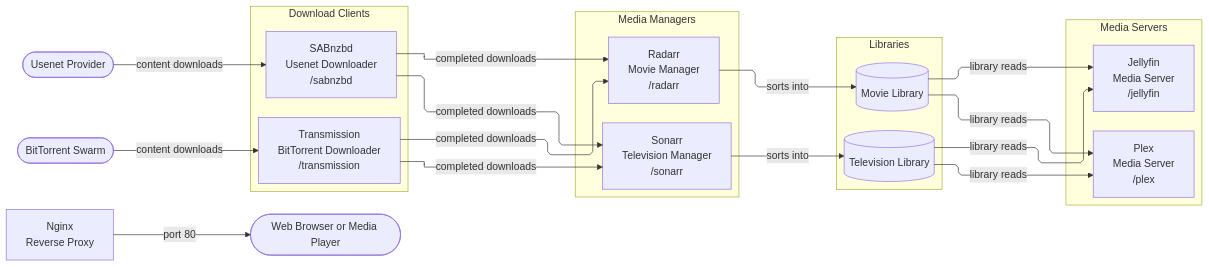
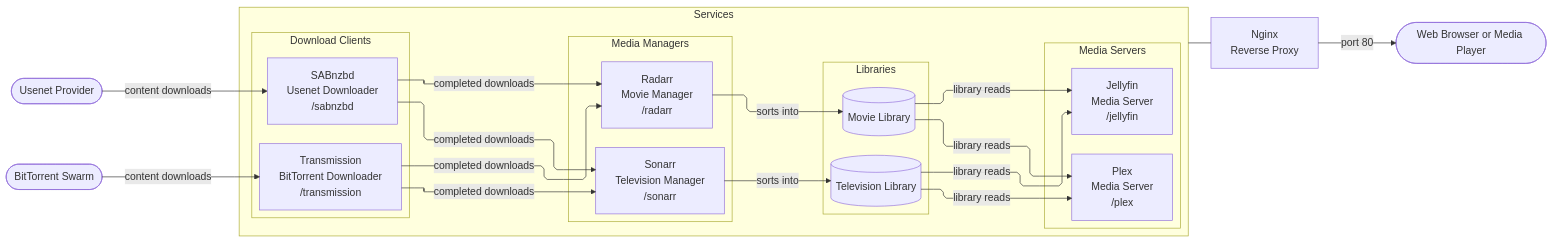
One commit to evinowen/bragi changed the diagram in README.md. Above: the diagram before and after it, drawn with Mermaid.

Commit message:
Wrap service subgraphs in outer Services box and connect it to Nginx with no-arrow link

````diff
--- a/README.md
+++ b/README.md
@@ -20,48 +20,51 @@
 ```mermaid
 %%{init: {'flowchart': {'defaultRenderer': 'elk', 'curve': 'linear'}}}%%
 flowchart LR
     UP([Usenet Provider])
     BT_SRC([BitTorrent Swarm])
 
-    subgraph downloaders[Download Clients]
-        direction TB
-        SAB["SABnzbd<br>Usenet Downloader<br>/sabnzbd"]
-        TRN["Transmission<br>BitTorrent Downloader<br>/transmission"]
-    end
+    subgraph pipeline[Services]
+        subgraph downloaders[Download Clients]
+            direction TB
+            SAB["SABnzbd<br>Usenet Downloader<br>/sabnzbd"]
+            TRN["Transmission<br>BitTorrent Downloader<br>/transmission"]
+        end
 
-    subgraph managers[Media Managers]
-        direction TB
-        SON["Sonarr<br>Television Manager<br>/sonarr"]
-        RAD["Radarr<br>Movie Manager<br>/radarr"]
-    end
+        subgraph managers[Media Managers]
+            direction TB
+            SON["Sonarr<br>Television Manager<br>/sonarr"]
+            RAD["Radarr<br>Movie Manager<br>/radarr"]
+        end
 
-    subgraph libraries[Libraries]
-        direction TB
-        TL[(Television Library)]
-        ML[(Movie Library)]
-    end
+        subgraph libraries[Libraries]
+            direction TB
+            TL[(Television Library)]
+            ML[(Movie Library)]
+        end
 
-    subgraph servers[Media Servers]
-        direction TB
-        JF["Jellyfin<br>Media Server<br>/jellyfin"]
-        PL["Plex<br>Media Server<br>/plex"]
+        subgraph servers[Media Servers]
+            direction TB
+            JF["Jellyfin<br>Media Server<br>/jellyfin"]
+            PL["Plex<br>Media Server<br>/plex"]
+        end
     end
 
     NGX["Nginx<br>Reverse Proxy"]
     CLIENT([Web Browser or Media Player])
 
     UP -->|content downloads| SAB
     BT_SRC -->|content downloads| TRN
     SAB -->|completed downloads| SON
     SAB -->|completed downloads| RAD
     TRN -->|completed downloads| SON
     TRN -->|completed downloads| RAD
     SON -->|sorts into| TL
     RAD -->|sorts into| ML
     TL -->|library reads| JF
     ML -->|library reads| JF
     TL -->|library reads| PL
     ML -->|library reads| PL
 
+    pipeline --- NGX
     NGX -->|port 80| CLIENT
 ```
````
